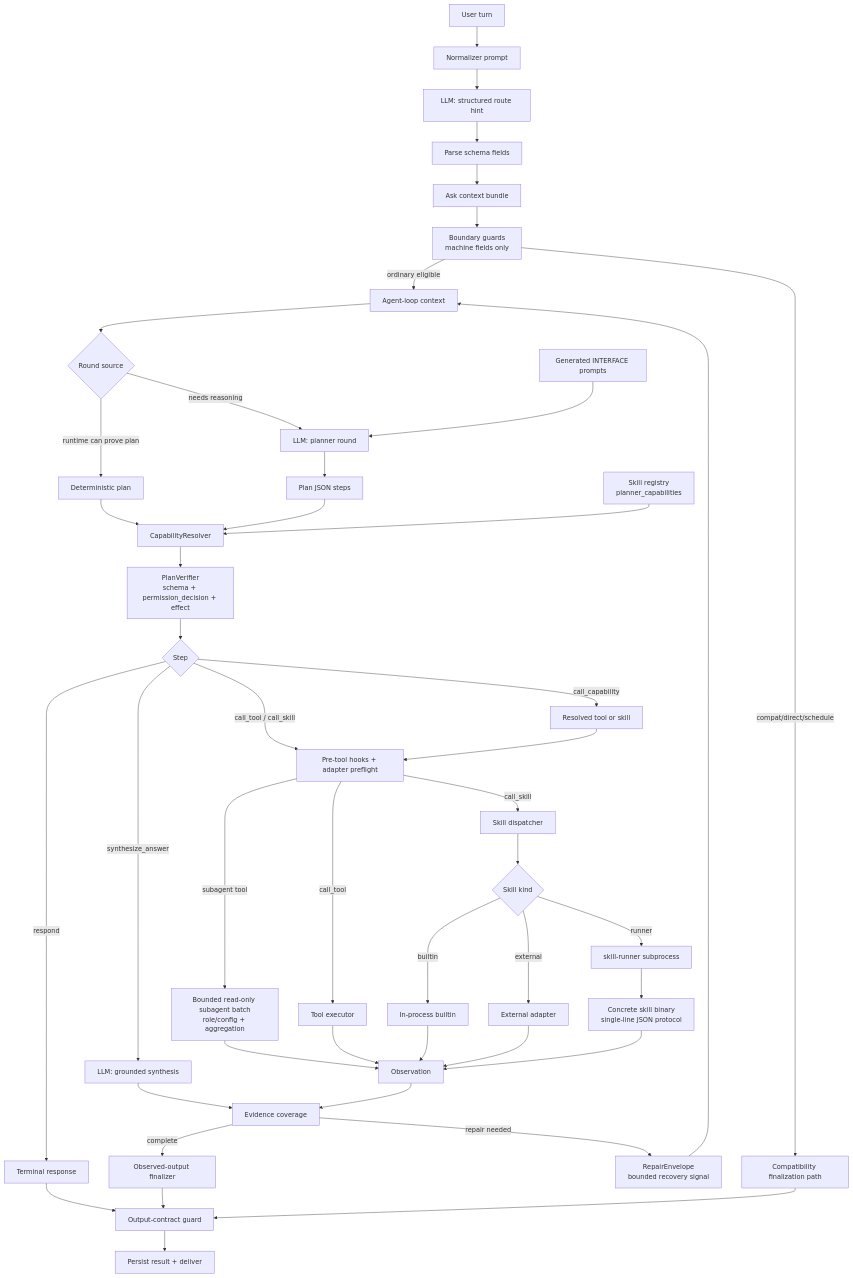
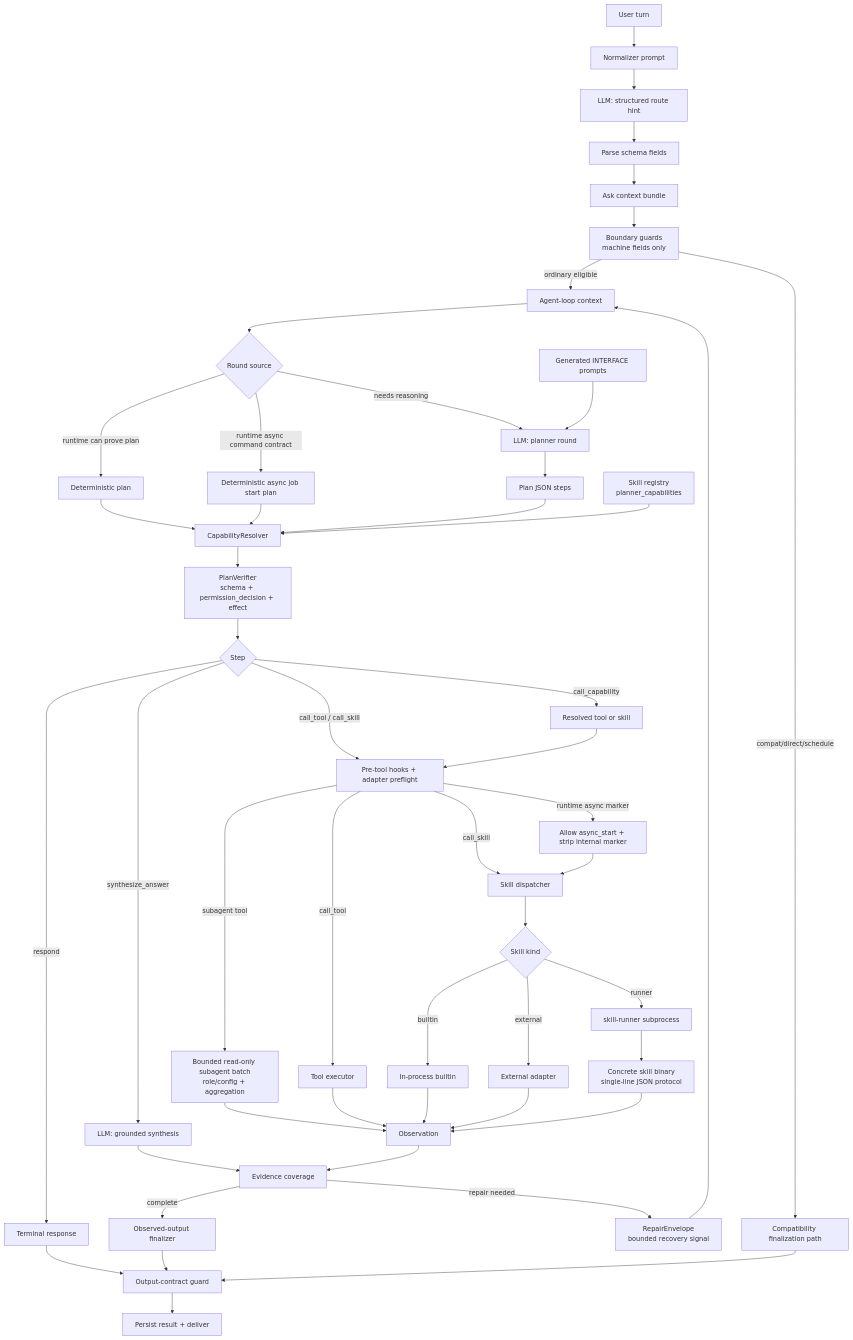
One commit to MatrixCoreX/RustClaw changed the second of 3 diagrams in README.md. Above: the diagram before and after it, drawn with Mermaid. The commit also changed other lines of this file and 1 other file, not shown here.

Commit message:
Update agent loop async flow docs

````diff
--- a/README.md
+++ b/README.md
@@ -89,47 +94,51 @@
 ```mermaid
 flowchart TD
     A[User turn] --> B[Normalizer prompt]
     B --> C[LLM: structured route hint]
     C --> D[Parse schema fields]
     D --> E[Ask context bundle]
     E --> F[Boundary guards<br/>machine fields only]
     F -->|ordinary eligible| G[Agent-loop context]
     F -->|compat/direct/schedule| H[Compatibility finalization path]
     G --> I{Round source}
     I -->|runtime can prove plan| J[Deterministic plan]
+    I -->|runtime async command contract| JA[Deterministic async job start plan]
     I -->|needs reasoning| K[LLM: planner round]
     K --> L[Plan JSON steps]
     J --> M[CapabilityResolver]
+    JA --> M
     L --> M
     N[Skill registry<br/>planner_capabilities] --> M
     O[Generated INTERFACE prompts] --> K
     M --> P[PlanVerifier<br/>schema + permission_decision + effect]
     P --> Q{Step}
     Q -->|call_capability| R[Resolved tool or skill]
     Q -->|call_tool / call_skill| QA[Pre-tool hooks + adapter preflight]
     R --> QA
+    QA -->|runtime async marker| AR[Allow async_start + strip internal marker]
     QA -->|subagent tool| SS[Bounded read-only subagent batch<br/>role/config + aggregation]
     QA -->|call_tool| S[Tool executor]
     QA -->|call_skill| T[Skill dispatcher]
+    AR --> T
     T --> U{Skill kind}
     U -->|builtin| V[In-process builtin]
     U -->|external| W[External adapter]
     U -->|runner| X[skill-runner subprocess]
     X --> Y[Concrete skill binary<br/>single-line JSON protocol]
     SS --> Z
     S --> Z[Observation]
     V --> Z
     W --> Z
     Y --> Z
     Q -->|synthesize_answer| ZA[LLM: grounded synthesis]
     Q -->|respond| ZB[Terminal response]
     ZA --> ZC[Evidence coverage]
     Z --> ZC
     ZC -->|repair needed| ZR[RepairEnvelope<br/>bounded recovery signal]
     ZR --> G
     ZC -->|complete| ZD[Observed-output finalizer]
     ZB --> ZE[Output-contract guard]
     ZD --> ZE
     H --> ZE
     ZE --> ZF[Persist result + deliver]
 ```
````
